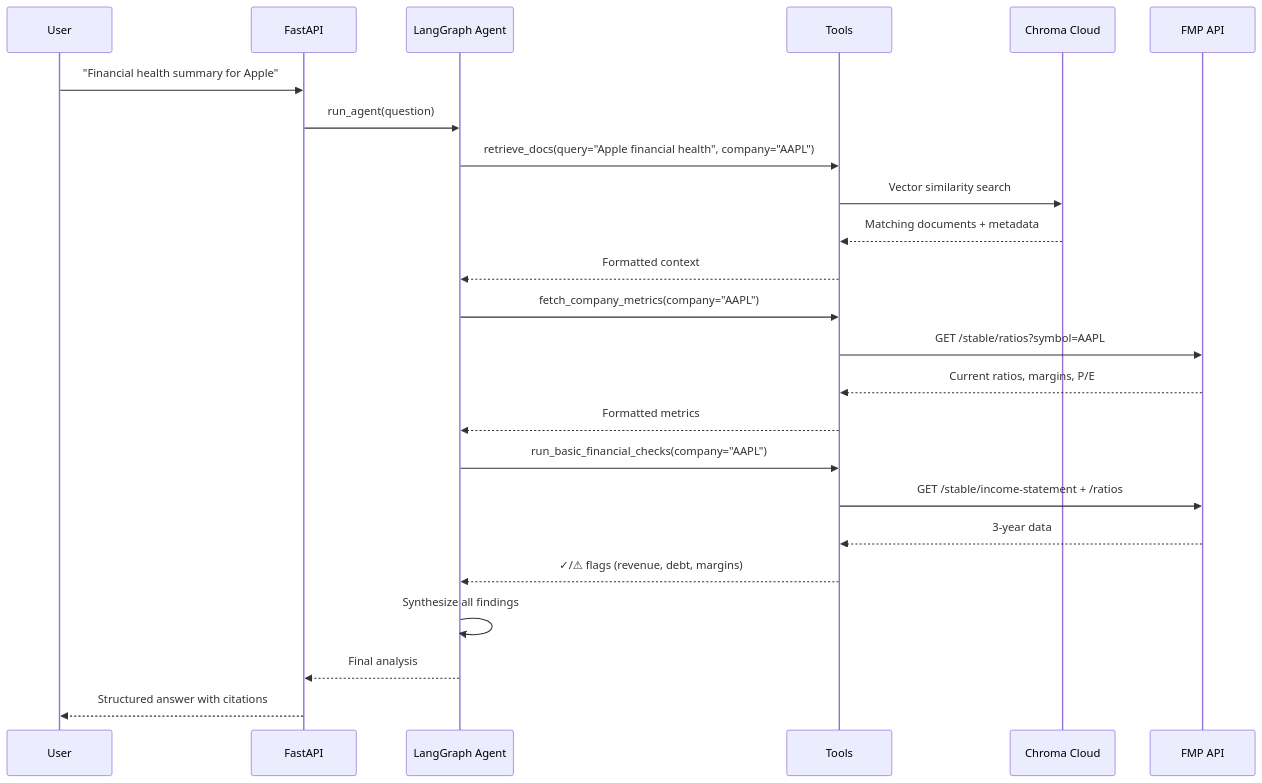
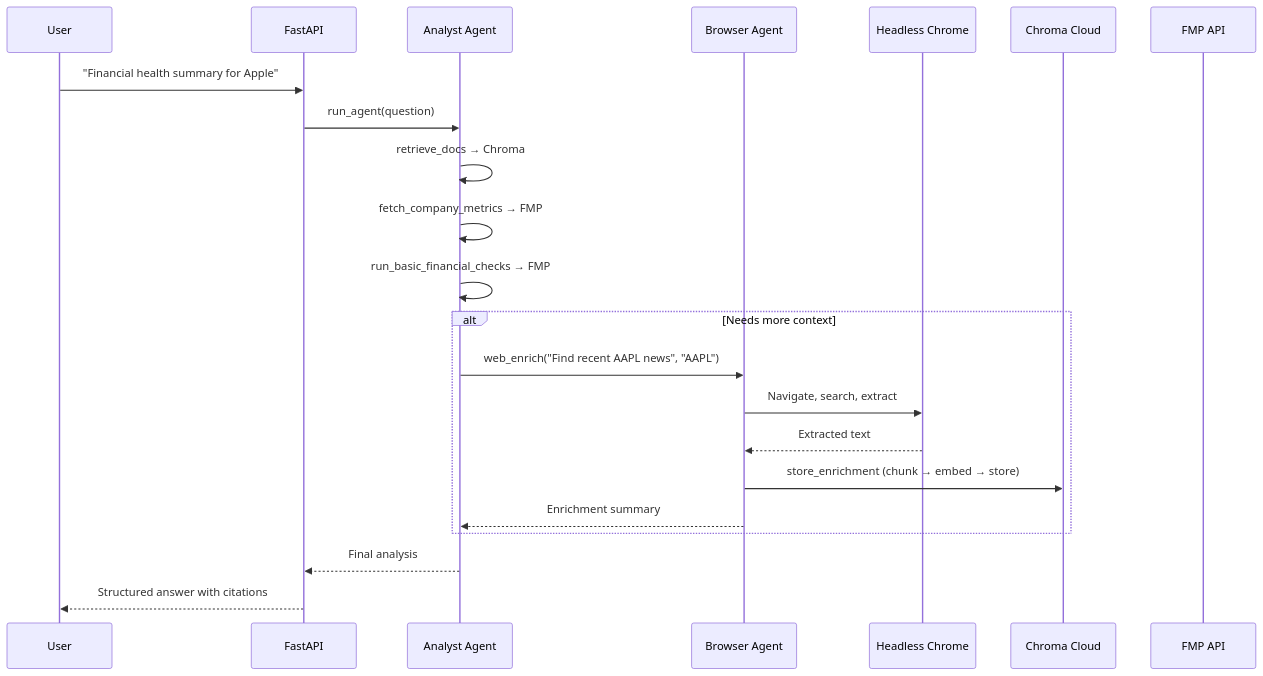
One commit to maiduydung/financial_agents changed the second of 3 diagrams in README.md. Above: the diagram before and after it, drawn with Mermaid. The commit also changed other lines of this file and 7 other files, not shown here.

First line of the commit message:
Add browser agent for on-demand web enrichment

````diff
--- a/README.md
+++ b/README.md
@@ -55,31 +76,28 @@
 ```mermaid
 sequenceDiagram
     participant User
     participant FastAPI
-    participant Agent as LangGraph Agent
-    participant Tools
+    participant Analyst as Analyst Agent
+    participant Browser as Browser Agent
+    participant Chrome as Headless Chrome
     participant Chroma as Chroma Cloud
     participant FMP as FMP API
 
     User->>FastAPI: "Financial health summary for Apple"
-    FastAPI->>Agent: run_agent(question)
+    FastAPI->>Analyst: run_agent(question)
 
-    Agent->>Tools: retrieve_docs(query="Apple financial health", company="AAPL")
-    Tools->>Chroma: Vector similarity search
-    Chroma-->>Tools: Matching documents + metadata
-    Tools-->>Agent: Formatted context
+    Analyst->>Analyst: retrieve_docs → Chroma
+    Analyst->>Analyst: fetch_company_metrics → FMP
+    Analyst->>Analyst: run_basic_financial_checks → FMP
 
-    Agent->>Tools: fetch_company_metrics(company="AAPL")
-    Tools->>FMP: GET /stable/ratios?symbol=AAPL
-    FMP-->>Tools: Current ratios, margins, P/E
-    Tools-->>Agent: Formatted metrics
+    alt Needs more context
+        Analyst->>Browser: web_enrich("Find recent AAPL news", "AAPL")
+        Browser->>Chrome: Navigate, search, extract
+        Chrome-->>Browser: Extracted text
+        Browser->>Chroma: store_enrichment (chunk → embed → store)
+        Browser-->>Analyst: Enrichment summary
+    end
 
-    Agent->>Tools: run_basic_financial_checks(company="AAPL")
-    Tools->>FMP: GET /stable/income-statement + /ratios
-    FMP-->>Tools: 3-year data
-    Tools-->>Agent: ✓/⚠ flags (revenue, debt, margins)
-
-    Agent->>Agent: Synthesize all findings
-    Agent-->>FastAPI: Final analysis
+    Analyst-->>FastAPI: Final analysis
     FastAPI-->>User: Structured answer with citations
 ```
````
